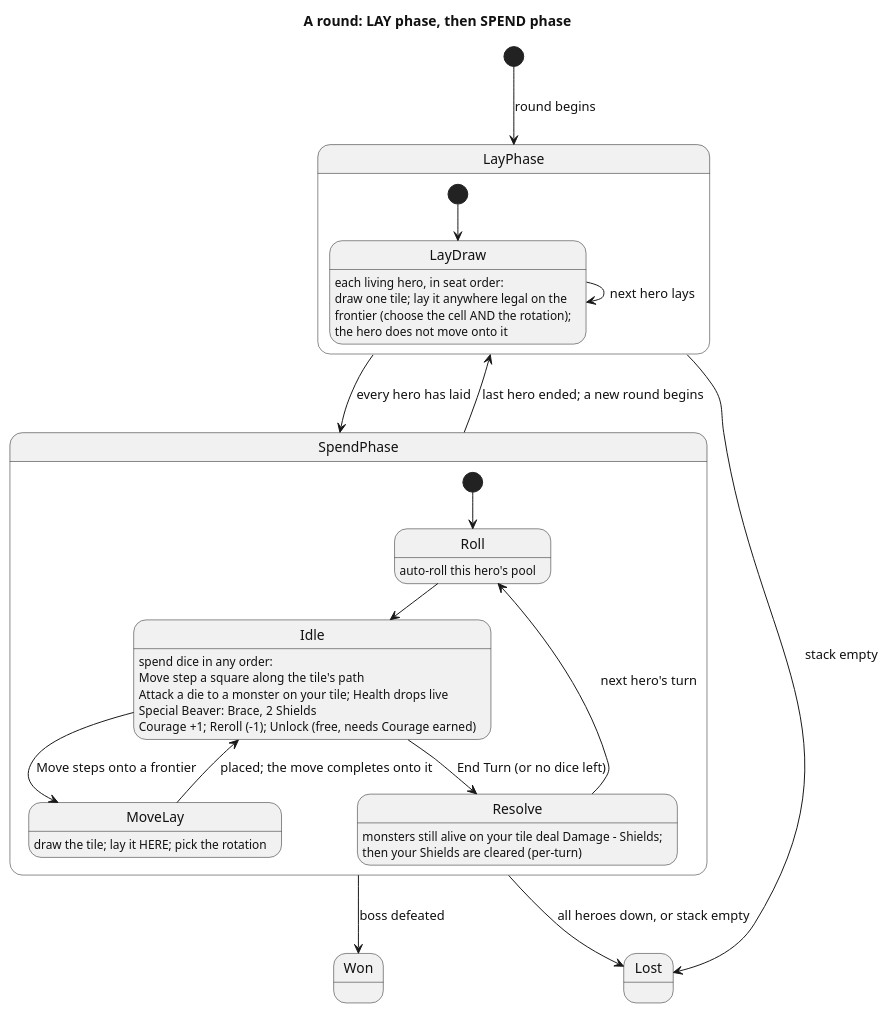
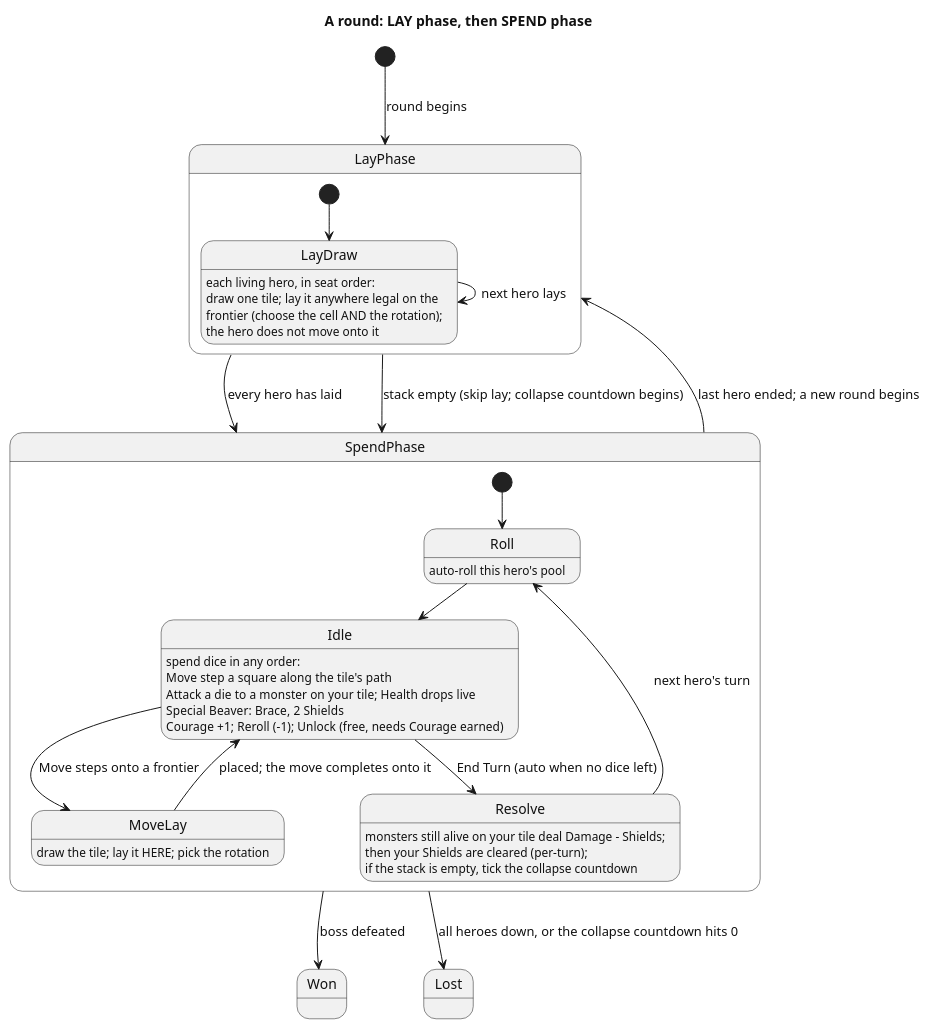
Before and after one commit to Niklasvdm/TotemAppIT: the third of 5 diagrams in docs/crawler-architecture.md, drawn with PlantUML. The commit also changed other lines of this file and 12 other files, not shown here.

````diff
--- a/docs/crawler-architecture.md
+++ b/docs/crawler-architecture.md
@@ -220,42 +221,42 @@
 ```plantuml
 @startuml crawler-round
 title A round: LAY phase, then SPEND phase
 skinparam shadowing false
 skinparam backgroundColor #FFFFFF
 skinparam monochrome true
 skinparam defaultFontColor #111111
 
 [*] --> LayPhase : round begins
 
 state LayPhase {
   [*] --> LayDraw
   LayDraw : each living hero, in seat order:
   LayDraw : draw one tile; lay it anywhere legal on the
   LayDraw : frontier (choose the cell AND the rotation);
   LayDraw : the hero does not move onto it
   LayDraw --> LayDraw : next hero lays
 }
 LayPhase --> SpendPhase : every hero has laid
-LayPhase --> Lost : stack empty
+LayPhase --> SpendPhase : stack empty (skip lay; collapse countdown begins)
 
 state SpendPhase {
   [*] --> Roll
   Roll : auto-roll this hero's pool
   Roll --> Idle
   Idle : spend dice in any order:
   Idle : Move  step a square along the tile's path
   Idle : Attack  a die to a monster on your tile; Health drops live
   Idle : Special  Beaver: Brace, 2 Shields
   Idle : Courage  +1; Reroll (-1); Unlock (free, needs Courage earned)
   Idle --> MoveLay : Move steps onto a frontier
   MoveLay : draw the tile; lay it HERE; pick the rotation
   MoveLay --> Idle : placed; the move completes onto it
-  Idle --> Resolve : End Turn (or no dice left)
-  Resolve : monsters still alive on your tile deal Damage - Shields;\nthen your Shields are cleared (per-turn)
+  Idle --> Resolve : End Turn (auto when no dice left)
+  Resolve : monsters still alive on your tile deal Damage - Shields;\nthen your Shields are cleared (per-turn);\nif the stack is empty, tick the collapse countdown
   Resolve --> Roll : next hero's turn
 }
 SpendPhase --> LayPhase : last hero ended; a new round begins
 SpendPhase --> Won : boss defeated
-SpendPhase --> Lost : all heroes down, or stack empty
+SpendPhase --> Lost : all heroes down, or the collapse countdown hits 0
 @enduml
 ```
````
